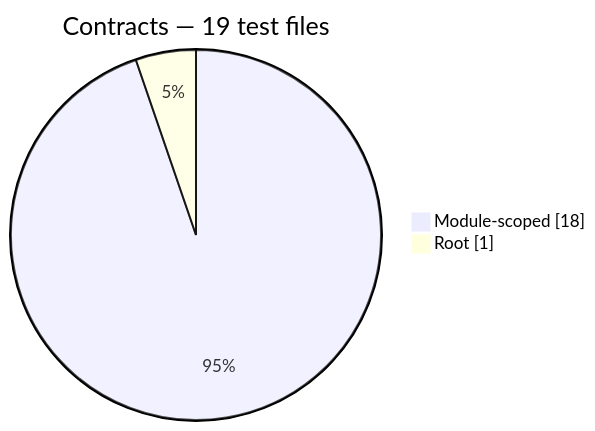
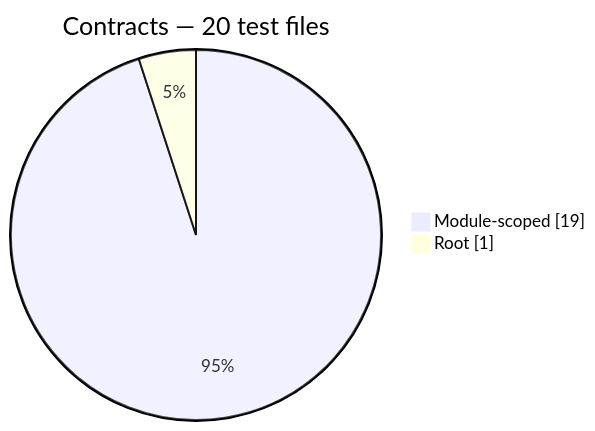
One commit to Mohammed-Alama/php-arazzo changed the first of 7 diagrams in docs/generated/test-composition.md. Above: the diagram before and after it, drawn with Mermaid. The commit also changed other lines of this file and 18 other files, not shown here.

````diff
--- a/docs/generated/test-composition.md
+++ b/docs/generated/test-composition.md
@@ -14,6 +14,6 @@
 ```mermaid
 pie showData
-    title Contracts — 19 test files
-    "Module-scoped": 18
+    title Contracts — 20 test files
+    "Module-scoped": 19
     "Root": 1
 ```
````
